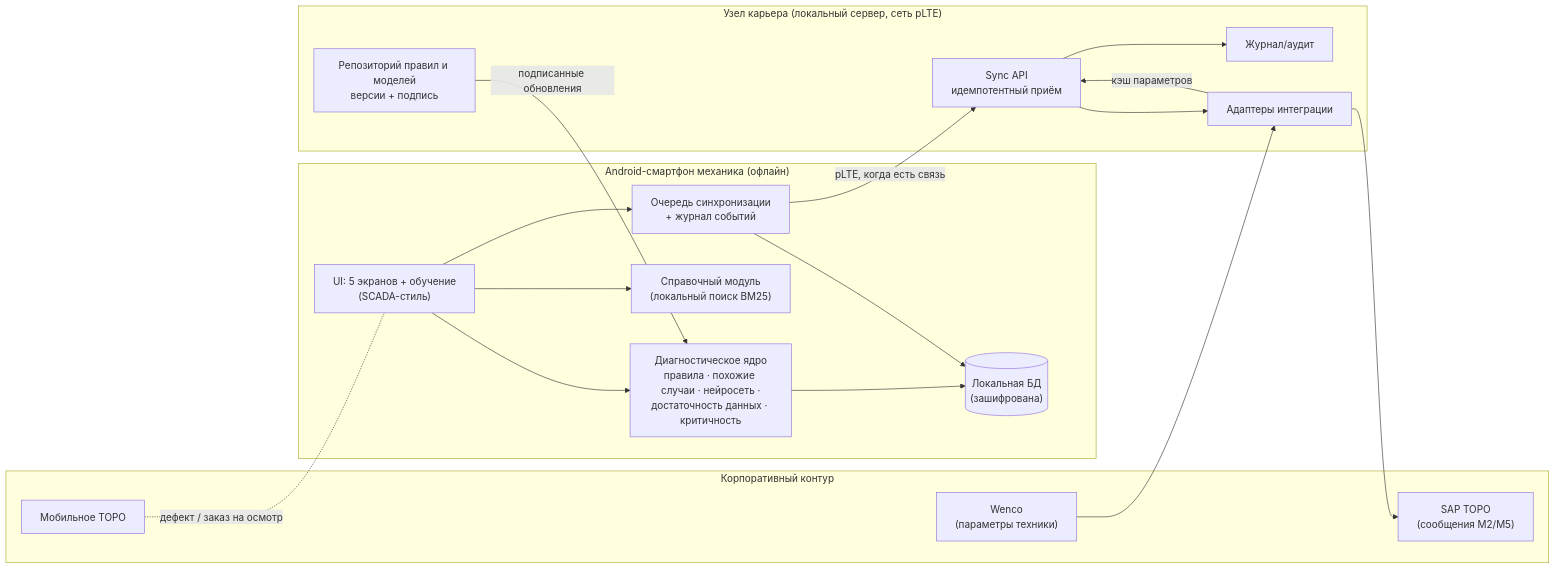
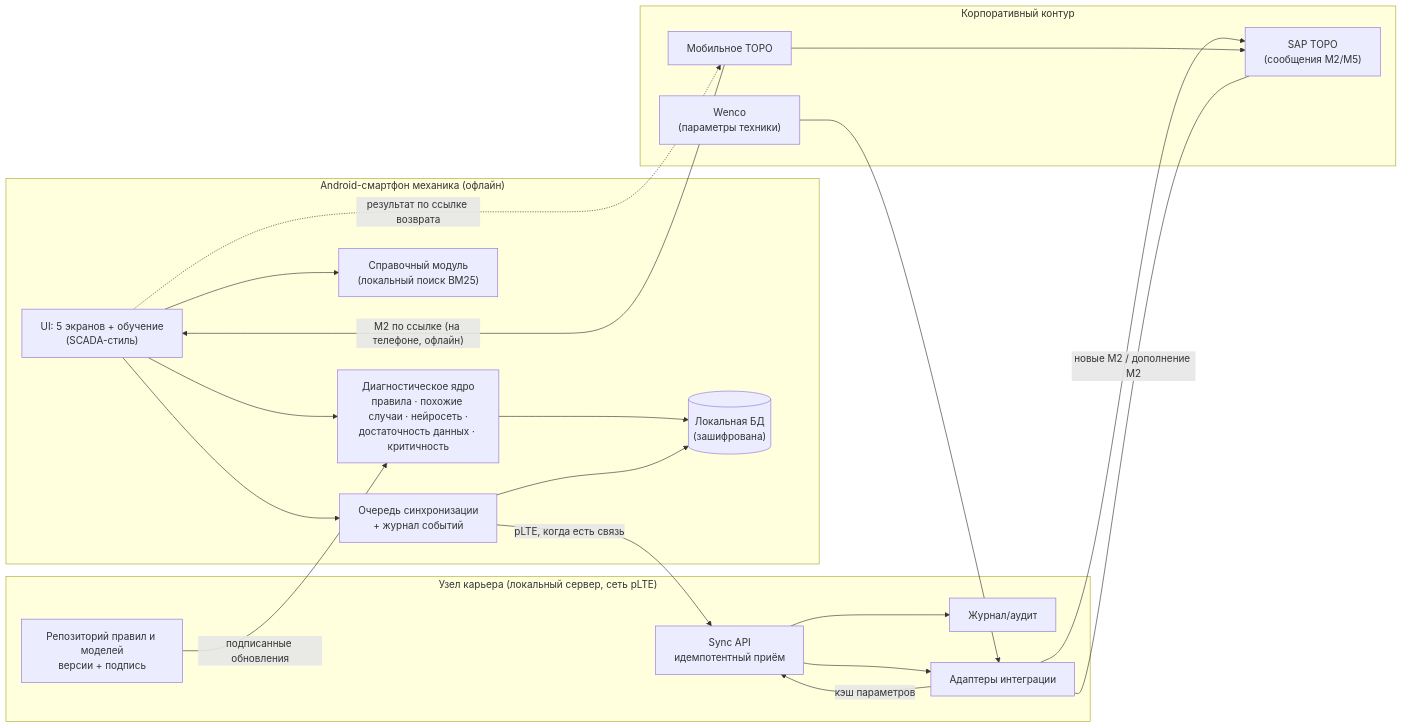
The diagram in docs/architecture.md (samplecodeschool-cell/huesos), drawn with Mermaid before and after one commit. The commit also changed other lines of this file and 37 other files, not shown here.

````diff
--- a/docs/architecture.md
+++ b/docs/architecture.md
@@ -8,30 +8,33 @@
 ```mermaid
 flowchart LR
   subgraph Phone["Android-смартфон механика (офлайн)"]
     UI["UI: 5 экранов + обучение<br/>(SCADA-стиль)"]
     CORE["Диагностическое ядро<br/>правила · похожие случаи · нейросеть ·<br/>достаточность данных · критичность"]
     KB["Справочный модуль<br/>(локальный поиск BM25)"]
     DB[("Локальная БД<br/>(зашифрована)")]
     Q["Очередь синхронизации<br/>+ журнал событий"]
     UI --> CORE --> DB
     UI --> KB
     UI --> Q --> DB
   end
   subgraph Edge["Узел карьера (локальный сервер, сеть pLTE)"]
     API["Sync API<br/>идемпотентный приём"]
     RULES["Репозиторий правил и моделей<br/>версии + подпись"]
     J["Журнал/аудит"]
     ADP["Адаптеры интеграции"]
   end
   subgraph Corp["Корпоративный контур"]
     SAP["SAP ТОРО<br/>(сообщения М2/М5)"]
     WENCO["Wenco<br/>(параметры техники)"]
     MT["Мобильное ТОРО"]
   end
   Q -- "pLTE, когда есть связь" --> API
   RULES -- "подписанные обновления" --> CORE
   API --> J
   API --> ADP --> SAP
   WENCO --> ADP -- "кэш параметров" --> API
-  MT -. "дефект / заказ на осмотр" .- UI
+  MT -- "М2 по ссылке (на телефоне, офлайн)" --> UI
+  UI -. "результат по ссылке возврата" .-> MT
+  MT --> SAP
+  ADP -- "новые М2 / дополнение М2" --- SAP
 ```
````
